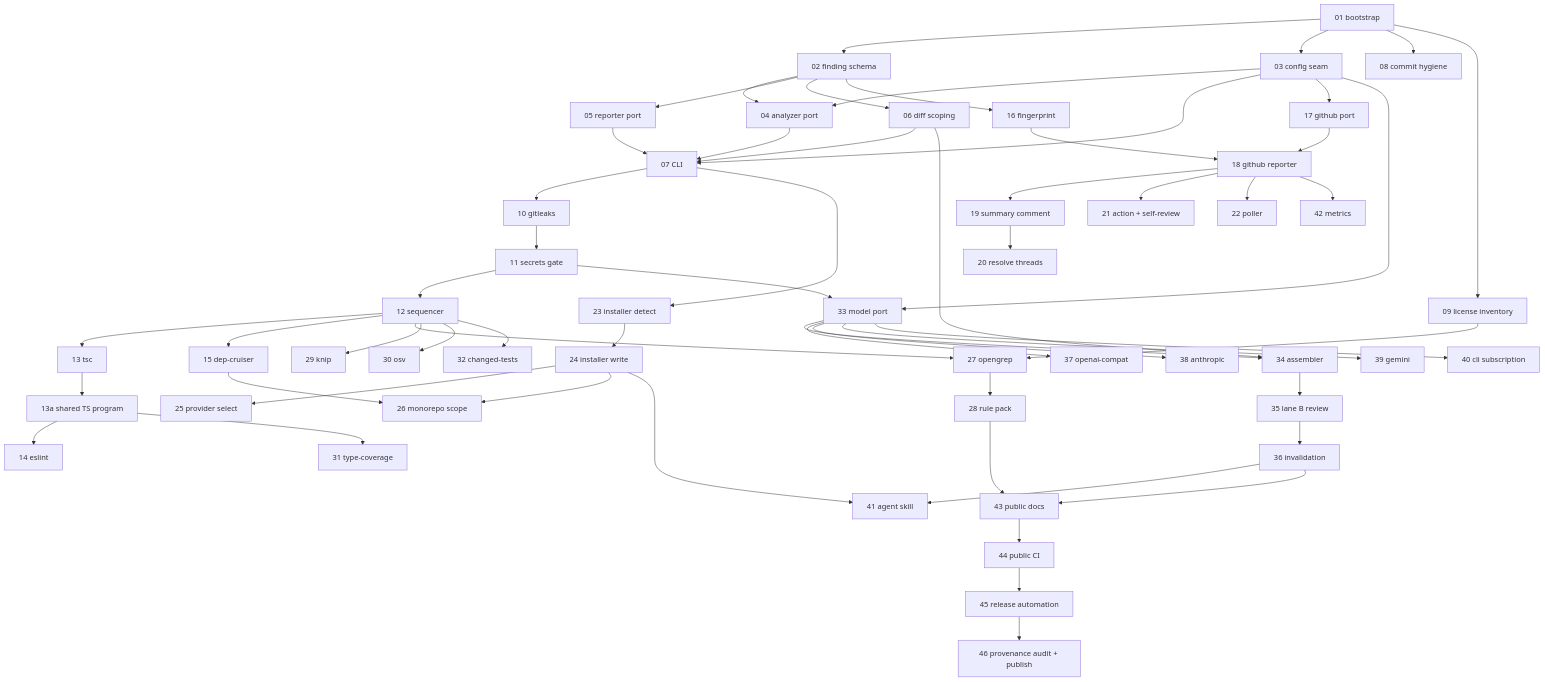
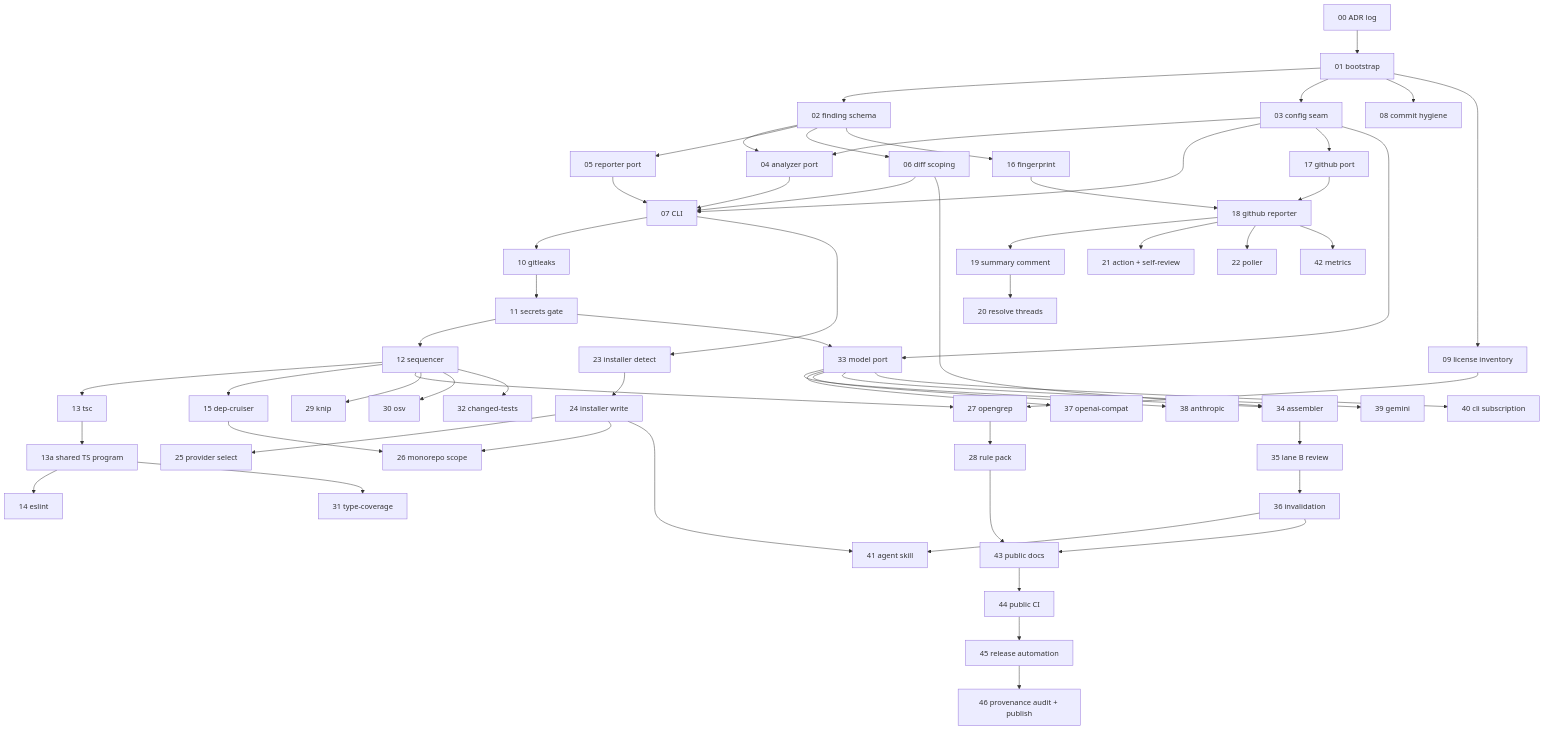
The diagram in docs/implementation-plan.md (adamtait/reviewer), drawn with Mermaid before and after one commit. The commit also changed other lines of this file, not shown here.

````diff
--- a/docs/implementation-plan.md
+++ b/docs/implementation-plan.md
@@ -650,60 +669,61 @@
 ```mermaid
 graph TD
-  P01[01 bootstrap] --> P02[02 finding schema]
+  P00[00 ADR log] --> P01[01 bootstrap]
+  P01 --> P02[02 finding schema]
   P01 --> P03[03 config seam]
   P01 --> P08[08 commit hygiene]
   P01 --> P09[09 license inventory]
   P02 --> P04[04 analyzer port]
   P03 --> P04
   P02 --> P05[05 reporter port]
   P02 --> P06[06 diff scoping]
   P03 --> P07[07 CLI]
   P04 --> P07
   P05 --> P07
   P06 --> P07
   P07 --> P10[10 gitleaks]
   P10 --> P11[11 secrets gate]
   P11 --> P12[12 sequencer]
   P12 --> P13[13 tsc]
   P13 --> P13a[13a shared TS program]
   P13a --> P14[14 eslint]
   P12 --> P15[15 dep-cruiser]
   P02 --> P16[16 fingerprint]
   P03 --> P17[17 github port]
   P16 --> P18[18 github reporter]
   P17 --> P18
   P18 --> P19[19 summary comment]
   P19 --> P20[20 resolve threads]
   P18 --> P21[21 action + self-review]
   P18 --> P22[22 poller]
   P18 --> P42[42 metrics]
   P07 --> P23[23 installer detect]
   P23 --> P24[24 installer write]
   P24 --> P25[25 provider select]
   P24 --> P26[26 monorepo scope]
   P15 --> P26
   P12 --> P27[27 opengrep]
   P09 --> P27
   P27 --> P28[28 rule pack]
   P12 --> P29[29 knip]
   P12 --> P30[30 osv]
   P13a --> P31[31 type-coverage]
   P12 --> P32[32 changed-tests]
   P11 --> P33[33 model port]
   P03 --> P33
   P33 --> P34[34 assembler]
   P06 --> P34
   P34 --> P35[35 lane B review]
   P35 --> P36[36 invalidation]
   P33 --> P37[37 openai-compat]
   P33 --> P38[38 anthropic]
   P33 --> P39[39 gemini]
   P33 --> P40[40 cli subscription]
   P24 --> P41[41 agent skill]
   P36 --> P41
   P28 --> P43[43 public docs]
   P36 --> P43
   P43 --> P44[44 public CI]
   P44 --> P45[45 release automation]
   P45 --> P46[46 provenance audit + publish]
 ```
````
